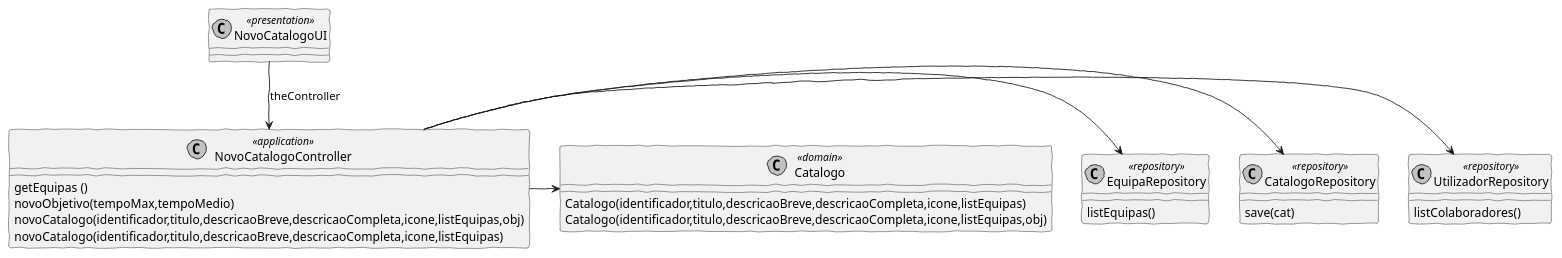
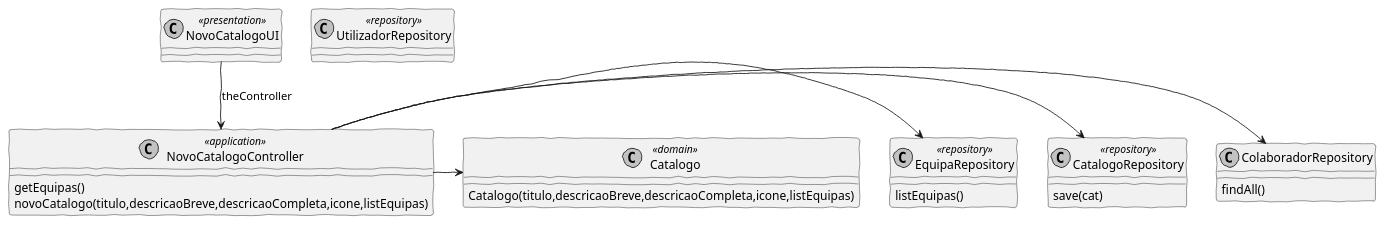
Before and after one commit to pedrolemos4/LAPR4: the diagram in docs/US2001/CD.puml, drawn with PlantUML. The commit also changed 4 other files, not shown here.

```diff
--- a/docs/US2001/CD.puml
+++ b/docs/US2001/CD.puml
@@ -1,38 +1,35 @@
 @startuml
 'http://plantuml.com/skinparam.html
 skinparam handwritten true
 skinparam monochrome true
 skinparam packageStyle rect
 skinparam defaultFontName FG Virgil
 skinparam shadowing false
 
 class NovoCatalogoUI <<presentation>>
 class NovoCatalogoController <<application>>
 class Catalogo <<domain>>
 class CatalogoRepository <<repository>>
 class UtilizadorRepository <<repository>>
 class EquipaRepository <<repository>>
 
 
 NovoCatalogoUI --> NovoCatalogoController : theController
 
-NovoCatalogoController -> UtilizadorRepository
+NovoCatalogoController -> ColaboradorRepository
 NovoCatalogoController -> CatalogoRepository
 NovoCatalogoController -> EquipaRepository
 NovoCatalogoController -> Catalogo
 
-NovoCatalogoController : getEquipas ()
-NovoCatalogoController : novoObjetivo(tempoMax,tempoMedio)
-NovoCatalogoController : novoCatalogo(identificador,titulo,descricaoBreve,descricaoCompleta,icone,listEquipas,obj)
-NovoCatalogoController : novoCatalogo(identificador,titulo,descricaoBreve,descricaoCompleta,icone,listEquipas)
+NovoCatalogoController : getEquipas()
+NovoCatalogoController : novoCatalogo(titulo,descricaoBreve,descricaoCompleta,icone,listEquipas)
 
-Catalogo : Catalogo(identificador,titulo,descricaoBreve,descricaoCompleta,icone,listEquipas)
-Catalogo : Catalogo(identificador,titulo,descricaoBreve,descricaoCompleta,icone,listEquipas,obj) 
+Catalogo : Catalogo(titulo,descricaoBreve,descricaoCompleta,icone,listEquipas)
 
 CatalogoRepository : save(cat)
 
-UtilizadorRepository : listColaboradores()
+ColaboradorRepository : findAll()
 
 EquipaRepository : listEquipas()
 
 @enduml
```
